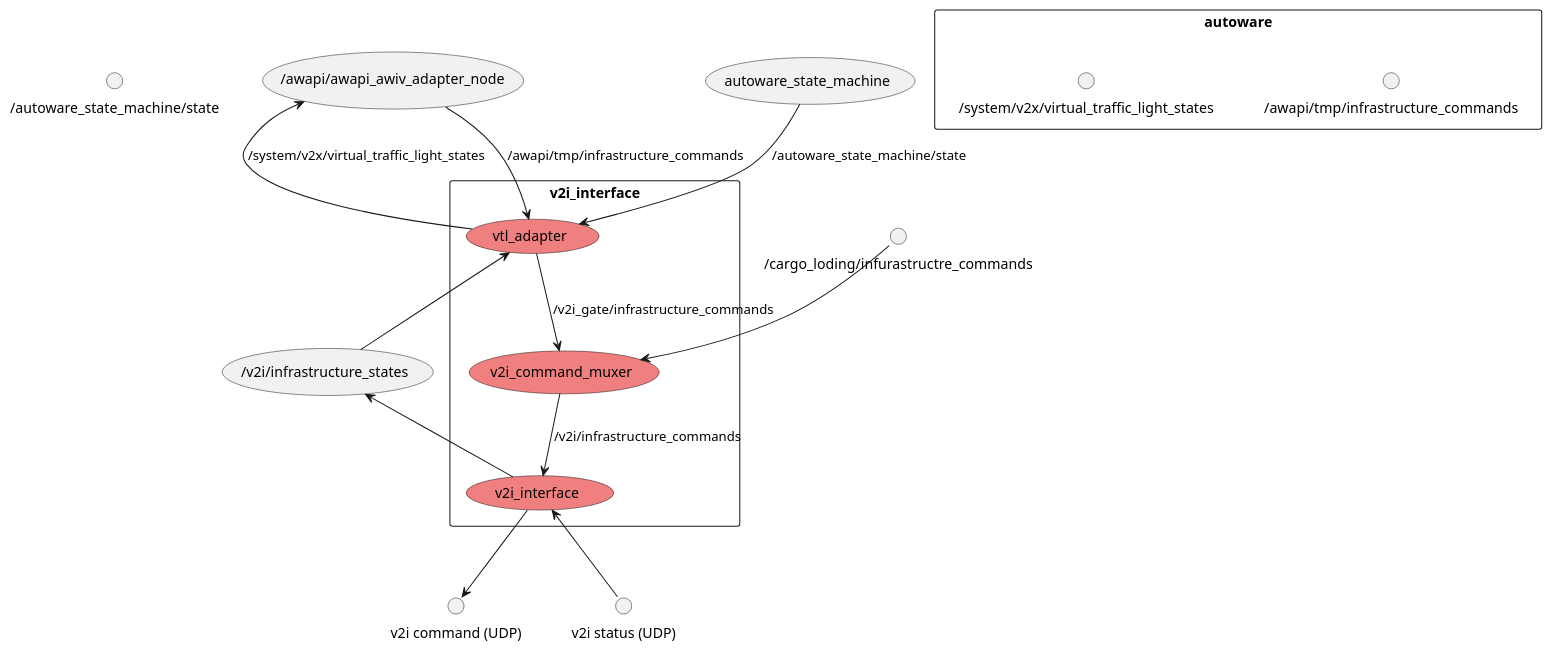
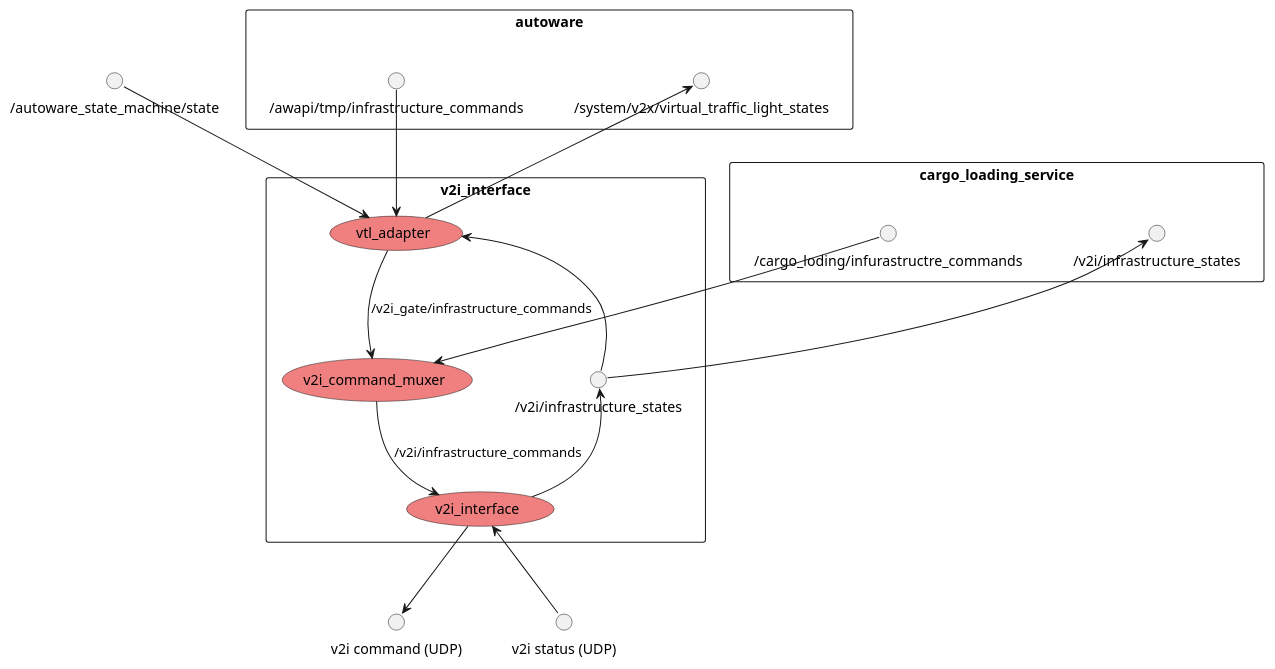
Before and after one commit to sfukuta/v2i_interface: the diagram in docs/node_graph_internal_spec.pu, drawn with PlantUML.

Commit message:
update cargo_loading_service

```diff
--- a/docs/node_graph_internal_spec.pu
+++ b/docs/node_graph_internal_spec.pu
@@ -1,27 +1,33 @@
 @startuml
 
 rectangle autoware {
   interface "/awapi/tmp/infrastructure_commands"
   interface "/system/v2x/virtual_traffic_light_states"
 }
 interface "/autoware_state_machine/state"
 rectangle "v2i_interface" as v2i {
   usecase "v2i_interface" #LightCoral
   usecase "v2i_command_muxer" #LightCoral
   usecase "vtl_adapter" #LightCoral
+  interface "/v2i/infrastructure_states"
 } 
 interface "v2i command (UDP)" as v2i_command_udp
 interface "v2i status (UDP)" as v2i_status_udp
-interface "/cargo_loding/infurastructre_commands"
+rectangle cargo_loading_service {
+  interface "/cargo_loding/infurastructre_commands"
+  interface "/v2i/infrastructure_states" as v2i_state
+}
 
-(/awapi/awapi_awiv_adapter_node) --> (vtl_adapter) : /awapi/tmp/infrastructure_commands
-(/awapi/awapi_awiv_adapter_node) <-- (vtl_adapter) : /system/v2x/virtual_traffic_light_states
-(autoware_state_machine) --> (vtl_adapter) : /autoware_state_machine/state
+
+(/awapi/tmp/infrastructure_commands) --> (vtl_adapter) 
+(/system/v2x/virtual_traffic_light_states) <-- (vtl_adapter) 
+(/autoware_state_machine/state) --> (vtl_adapter)
 (/cargo_loding/infurastructre_commands) --> (v2i_command_muxer)
 (vtl_adapter) --> (v2i_command_muxer) : /v2i_gate/infrastructure_commands
 (v2i_command_muxer) --> (v2i_interface) : /v2i/infrastructure_commands
 (vtl_adapter) <-- (/v2i/infrastructure_states)
 (/v2i/infrastructure_states) <-- (v2i_interface)
+(v2i_state) <-- (/v2i/infrastructure_states)
 (v2i_interface) --> (v2i_command_udp)
 (v2i_interface) <-- (v2i_status_udp)
 @enduml
```
